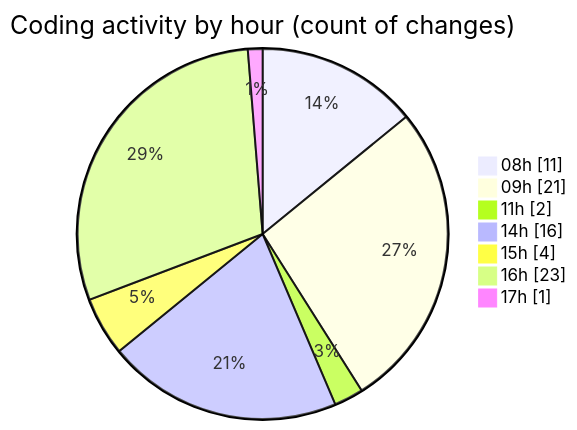
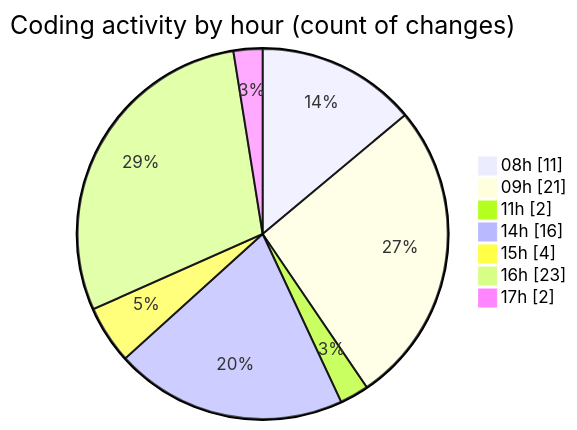
The second of 2 diagrams in 2025-10-13/eventscop-frontend-guide__workspace_/README.md (julien-gomy/code-tracking), drawn with Mermaid before and after one commit. The commit also changed other lines of this file and 1 other file, not shown here.

````diff
--- a/2025-10-13/eventscop-frontend-guide__workspace_/README.md
+++ b/2025-10-13/eventscop-frontend-guide__workspace_/README.md
@@ -56,11 +56,11 @@
 ```mermaid
 pie showData
 title Coding activity by hour (count of changes)
 "08h" : 11
 "09h" : 21
 "11h" : 2
 "14h" : 16
 "15h" : 4
 "16h" : 23
-"17h" : 1
+"17h" : 2
 ```
````
